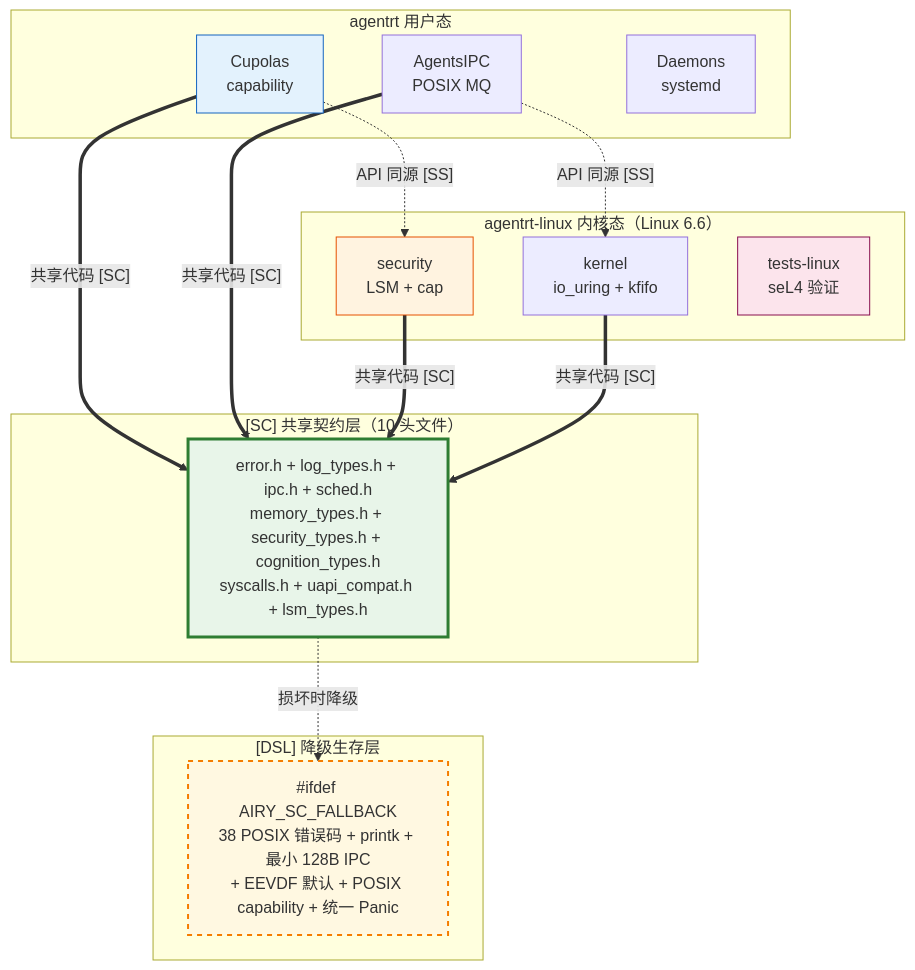
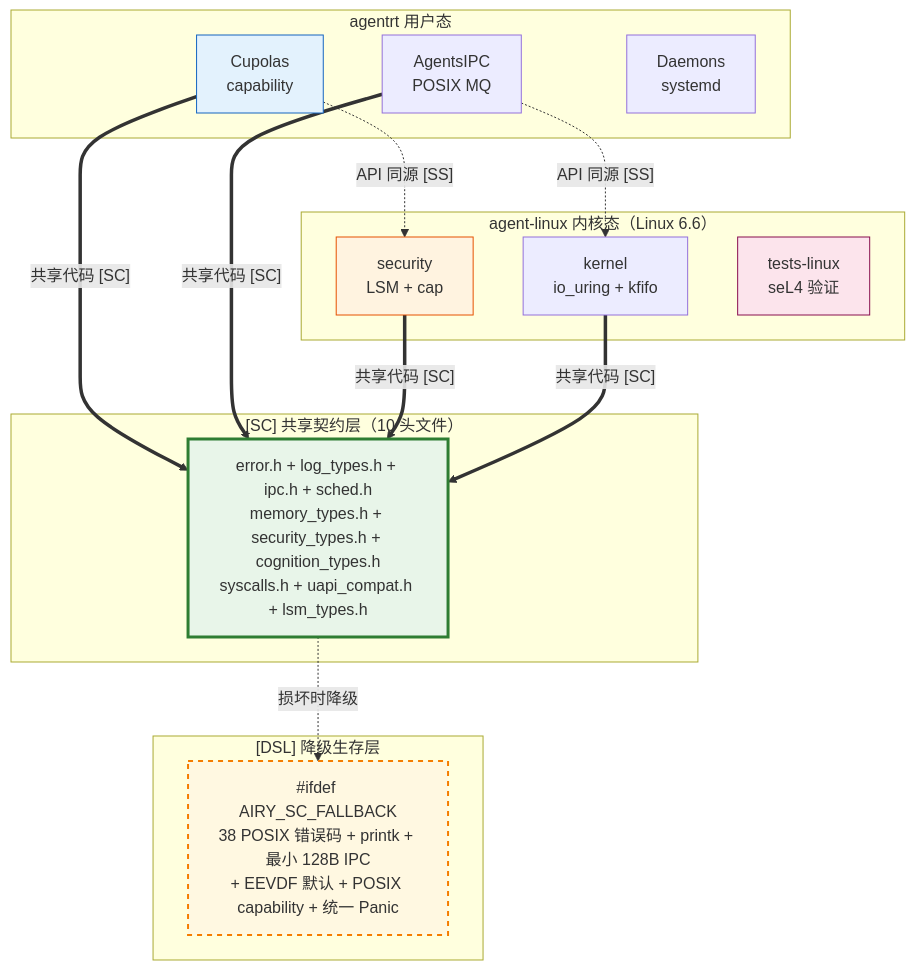
One commit to openairymax/docs-linux changed the diagram in 10-architecture/03-microkernel-strategy.md. Above: the diagram before and after it, drawn with Mermaid. The commit also changed other lines of this file and 172 other files, not shown here.

Commit message:
docs: rename agentrt-linux to agent-linux across docs v0.1.3 双工程结构：agentrt-linux 改名 agent-linux。docs 全仓 186 个 文件中的 agentrt-linux 引用统一为 agent-linux（AirymaxOS 工程名/ URL/路径引用；commit hash 与历史不变）。

````diff
--- a/10-architecture/03-microkernel-strategy.md
+++ b/10-architecture/03-microkernel-strategy.md
@@ -636,37 +636,37 @@
 ```mermaid
 graph TB
     subgraph "agentrt 用户态"
         RT_CAP[Cupolas<br/>capability]
         RT_IPC[AgentsIPC<br/>POSIX MQ]
         RT_DAEMON[Daemons<br/>systemd]
     end
 
-    subgraph "agentrt-linux 内核态（Linux 6.6）"
+    subgraph "agent-linux 内核态（Linux 6.6）"
         OS_CAP[security<br/>LSM + cap]
         OS_IPC[kernel<br/>io_uring + kfifo]
         OS_FV[tests-linux<br/>seL4 验证]
     end
 
     subgraph "[SC] 共享契约层（10 头文件）"
         SC[error.h + log_types.h + ipc.h + sched.h<br/>memory_types.h + security_types.h + cognition_types.h<br/>syscalls.h + uapi_compat.h + lsm_types.h]
     end
 
     subgraph "[DSL] 降级生存层"
         DSL["#ifdef AIRY_SC_FALLBACK<br/>38 POSIX 错误码 + printk + 最小 128B IPC<br/>+ EEVDF 默认 + POSIX capability + 统一 Panic"]
     end
 
     RT_CAP -.->|"API 同源 [SS]"| OS_CAP
     RT_IPC -.->|"API 同源 [SS]"| OS_IPC
     RT_CAP ==>|"共享代码 [SC]"| SC
     RT_IPC ==>|"共享代码 [SC]"| SC
     OS_CAP ==>|"共享代码 [SC]"| SC
     OS_IPC ==>|"共享代码 [SC]"| SC
 
     SC -.->|"损坏时降级"| DSL
 
     style SC fill:#e8f5e9,stroke:#2e7d32,stroke-width:3px
     style DSL fill:#fff8e1,stroke:#f57c00,stroke-width:2px,stroke-dasharray: 5 5
     style RT_CAP fill:#e3f2fd,stroke:#1565c0
     style OS_CAP fill:#fff3e0,stroke:#e65100
     style OS_FV fill:#fce4ec,stroke:#880e4f
 ```
````
